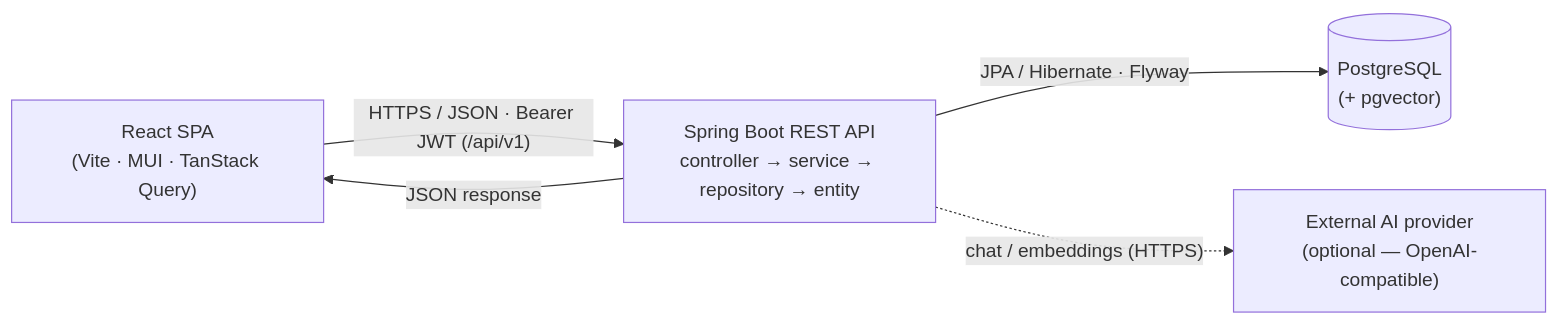
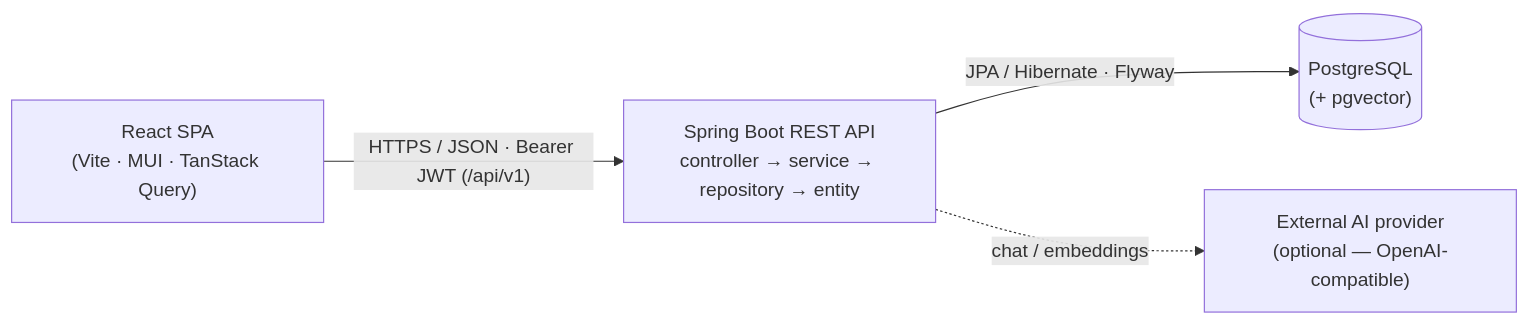
The first of 3 diagrams in README.md (Miniks040506/SWP391-SEAL-Software-Engineering-Hackathon-Management-System), drawn with Mermaid before and after one commit. The commit also changed other lines of this file and 2 other files, not shown here.

````diff
--- a/README.md
+++ b/README.md
@@ -229,12 +173,11 @@
 ```mermaid
 flowchart LR
     SPA["React SPA<br/>(Vite · MUI · TanStack Query)"]
     API["Spring Boot REST API<br/>controller → service → repository → entity"]
     DB[("PostgreSQL<br/>(+ pgvector)")]
     LLM["External AI provider<br/>(optional — OpenAI-compatible)"]
 
     SPA -- "HTTPS / JSON · Bearer JWT (/api/v1)" --> API
-    API -- "JSON response" --> SPA
     API -- "JPA / Hibernate · Flyway" --> DB
-    API -. "chat / embeddings (HTTPS)" .-> LLM
+    API -. "chat / embeddings" .-> LLM
 ```
````
